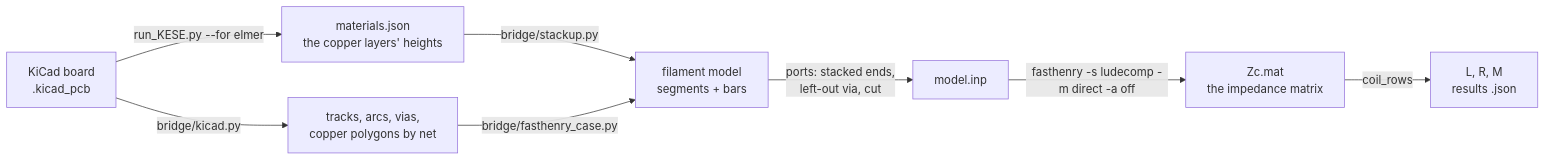
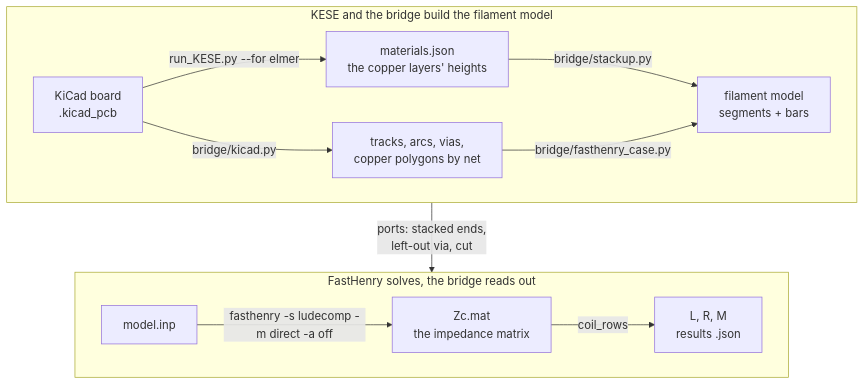
The diagram in docs/wiki/FastHenry-Walkthrough.md (RolandThsive/KiCad-EM-Stackup-Exporter-KESE), drawn with Mermaid before and after one commit. The commit also changed 3 other files, not shown here.

First line of the commit message:
Wiki: each walkthrough's How It Fits Together diagram in rows

````diff
--- a/docs/wiki/FastHenry-Walkthrough.md
+++ b/docs/wiki/FastHenry-Walkthrough.md
@@ -41,10 +41,15 @@
 ```mermaid
-flowchart LR
-    A[KiCad board<br>.kicad_pcb] -->|run_KESE.py --for elmer| B[materials.json<br>the copper layers' heights]
-    A -->|bridge/kicad.py| C[tracks, arcs, vias,<br>copper polygons by net]
-    B -->|bridge/stackup.py| D[filament model<br>segments + bars]
-    C -->|bridge/fasthenry_case.py| D
-    D -->|ports: stacked ends,<br>left-out via, cut| E[model.inp]
-    E -->|fasthenry -s ludecomp -m direct -a off| F[Zc.mat<br>the impedance matrix]
-    F -->|coil_rows| G[L, R, M<br>results .json]
+flowchart TB
+    subgraph S1["KESE and the bridge build the filament model"]
+        direction LR
+        A[KiCad board<br>.kicad_pcb] -->|run_KESE.py --for elmer| B[materials.json<br>the copper layers' heights]
+        A -->|bridge/kicad.py| C[tracks, arcs, vias,<br>copper polygons by net]
+        B -->|bridge/stackup.py| D[filament model<br>segments + bars]
+        C -->|bridge/fasthenry_case.py| D
+    end
+    subgraph S2["FastHenry solves, the bridge reads out"]
+        direction LR
+        E[model.inp] -->|fasthenry -s ludecomp -m direct -a off| F[Zc.mat<br>the impedance matrix] -->|coil_rows| G[L, R, M<br>results .json]
+    end
+    S1 -->|ports: stacked ends,<br>left-out via, cut| S2
 ```
````
